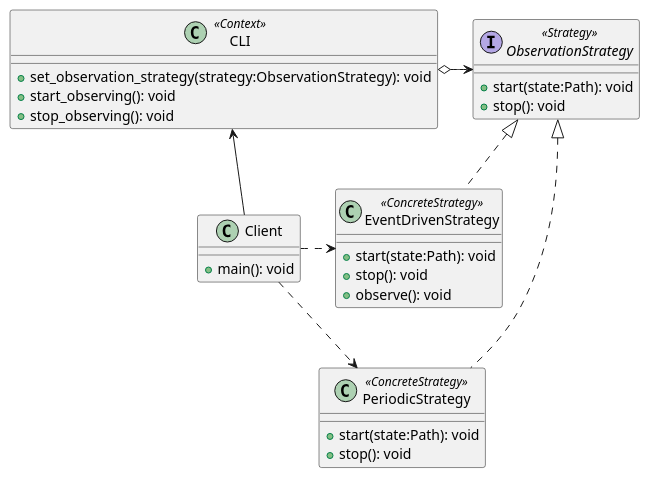
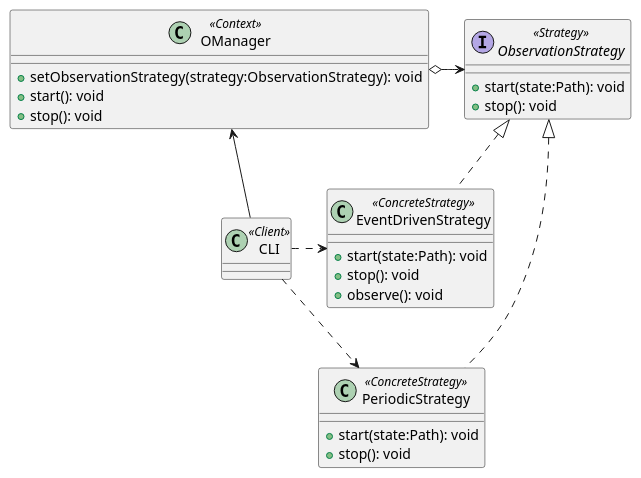
Before and after one commit to sudokara/SE_Project_3: the diagram in src/phoenix/Observation/docs/ObservationStrategy.puml, drawn with PlantUML. The commit also changed 15 other files, not shown here.

```diff
--- a/src/phoenix/Observation/docs/ObservationStrategy.puml
+++ b/src/phoenix/Observation/docs/ObservationStrategy.puml
@@ -1,40 +1,40 @@
 @startuml 
 
 Interface ObservationStrategy <<Strategy>> {
     + start(state:Path): void
     + stop(): void
 }
 
 class EventDrivenStrategy <<ConcreteStrategy>> {
     + start(state:Path): void
     + stop(): void
     + observe(): void
 }
 
 class PeriodicStrategy <<ConcreteStrategy>> {
     + start(state:Path): void
     + stop(): void
 }
 
-class CLI <<Context>> {
-    + set_observation_strategy(strategy:ObservationStrategy): void
-    + start_observing(): void
-    + stop_observing(): void
+class OManager <<Context>> {
+    + setObservationStrategy(strategy:ObservationStrategy): void
+    + start(): void
+    + stop(): void
 }
 
-class Client {
-    + main(): void
+class CLI <<Client>> {
 }
 
-Client -u-> CLI
-Client .right.> EventDrivenStrategy
-Client ..> PeriodicStrategy
+
+CLI -u-> OManager
+CLI .right.> EventDrivenStrategy
+CLI ..> PeriodicStrategy
 
 ObservationStrategy <|.. EventDrivenStrategy
 ObservationStrategy <|.. PeriodicStrategy
 
-CLI o-right-> ObservationStrategy
+OManager o-right-> ObservationStrategy
 
 
 
 @enduml
```
